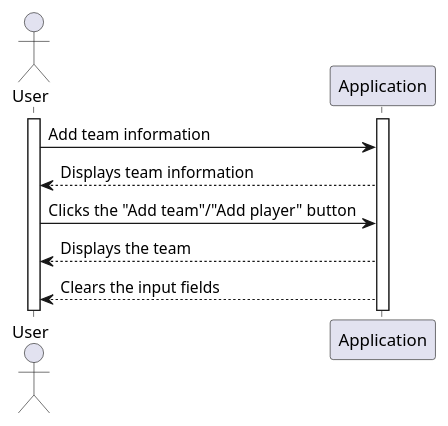
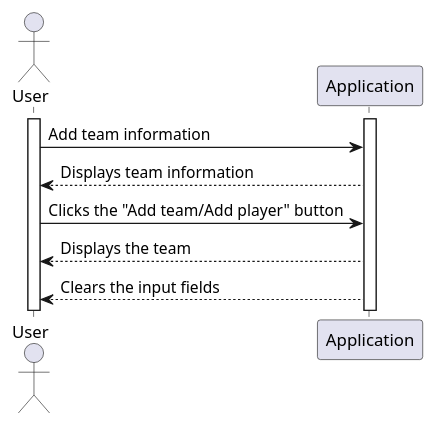
One commit to itzMesh/DCST1008-Prosjekt changed the diagram in ProjektUML/SequencediagramUserAppData/sequence_diagram_addTeam.wsd. Above: the diagram before and after it, drawn with PlantUML. The commit also changed 5 other files, not shown here.

Commit message:
more uml typos

```diff
--- a/ProjektUML/SequencediagramUserAppData/sequence_diagram_addTeam.wsd
+++ b/ProjektUML/SequencediagramUserAppData/sequence_diagram_addTeam.wsd
@@ -1,16 +1,16 @@
 @startuml addTeam
 
 actor User as U
 participant Application as A
 
 activate U
 activate A
 
 U->A: Add team information
 A-->U: Displays team information
-U->A: Clicks the "Add team"/"Add player" button
+U->A: Clicks the "Add team/Add player" button
 A-->U: Displays the team
 A-->U: Clears the input fields
 
 
 @enduml
```
